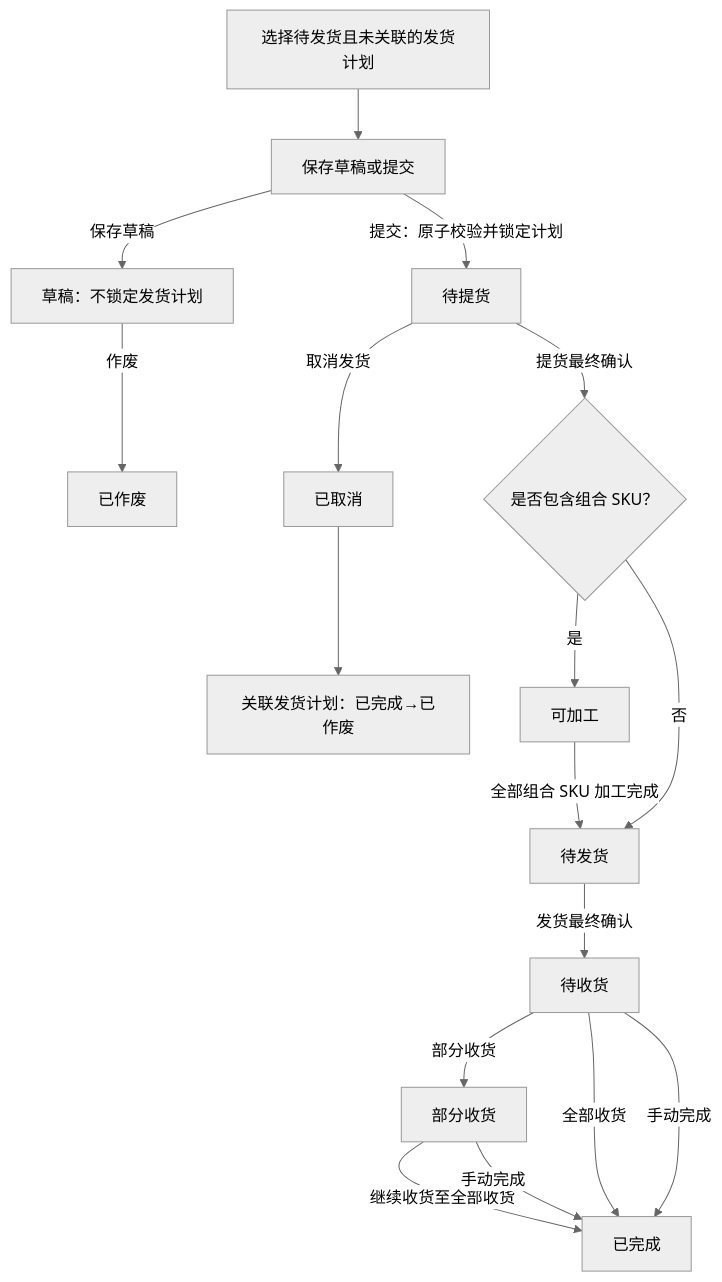
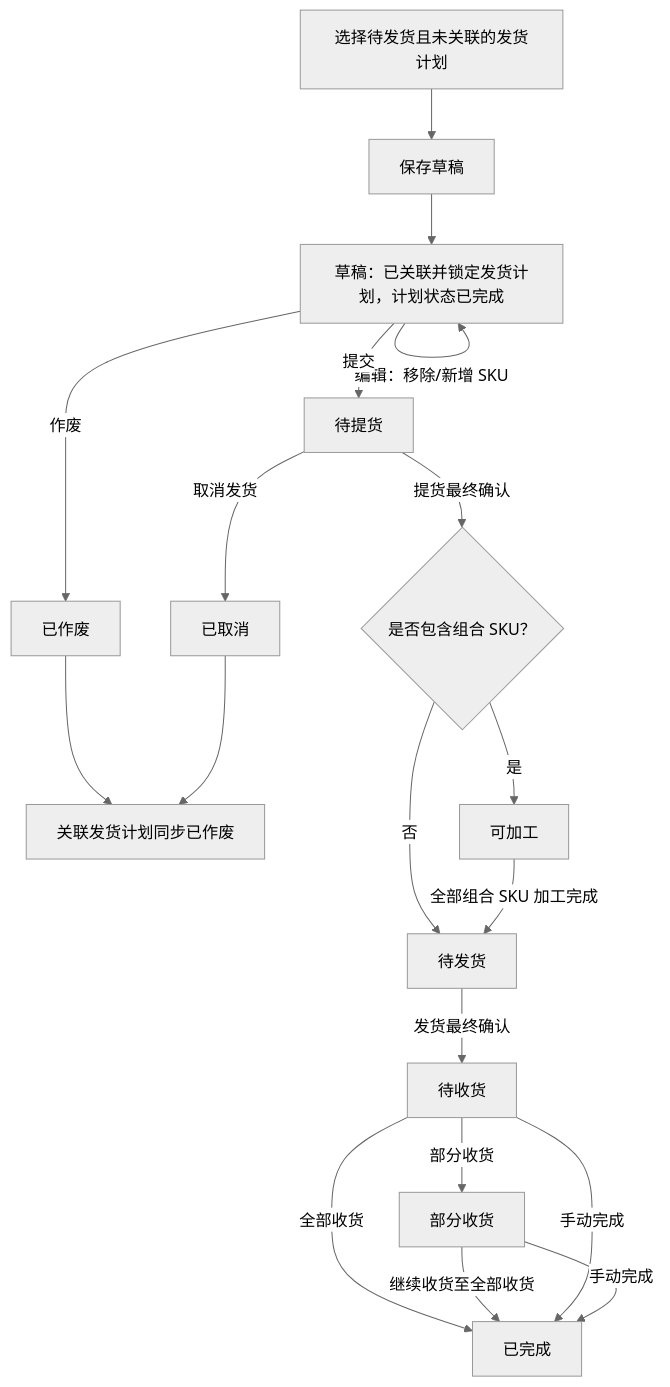
Before and after one commit to heiquanrenheiquanren-lab/Middle-Platform-Pages: the first of 3 diagrams in PRD/发货单全流程管理-PRD.md, drawn with Mermaid (neutral theme). The commit also changed other lines of this file and 4 other files, not shown here.

````diff
--- a/PRD/发货单全流程管理-PRD.md
+++ b/PRD/发货单全流程管理-PRD.md
@@ -75,19 +76,21 @@
 ```mermaid
 flowchart TD
-    A[选择待发货且未关联的发货计划] --> B[保存草稿或提交]
-    B -->|保存草稿| C[草稿：不锁定发货计划]
+    A[选择待发货且未关联的发货计划] --> B[保存草稿]
+    B --> C[草稿：已关联并锁定发货计划，计划状态已完成]
+    C -->|编辑：移除/新增 SKU| C
     C -->|作废| D[已作废]
-    B -->|提交：原子校验并锁定计划| E[待提货]
+    D --> P1[关联发货计划同步已作废]
+    C -->|提交| E[待提货]
     E -->|取消发货| F[已取消]
-    F --> G[关联发货计划：已完成→已作废]
+    F --> P1
     E -->|提货最终确认| H{是否包含组合 SKU？}
     H -->|是| I[可加工]
     H -->|否| J[待发货]
     I -->|全部组合 SKU 加工完成| J
     J -->|发货最终确认| K[待收货]
     K -->|部分收货| L[部分收货]
     K -->|全部收货| M[已完成]
     L -->|继续收货至全部收货| M
     K -->|手动完成| M
     L -->|手动完成| M
 ```
````
